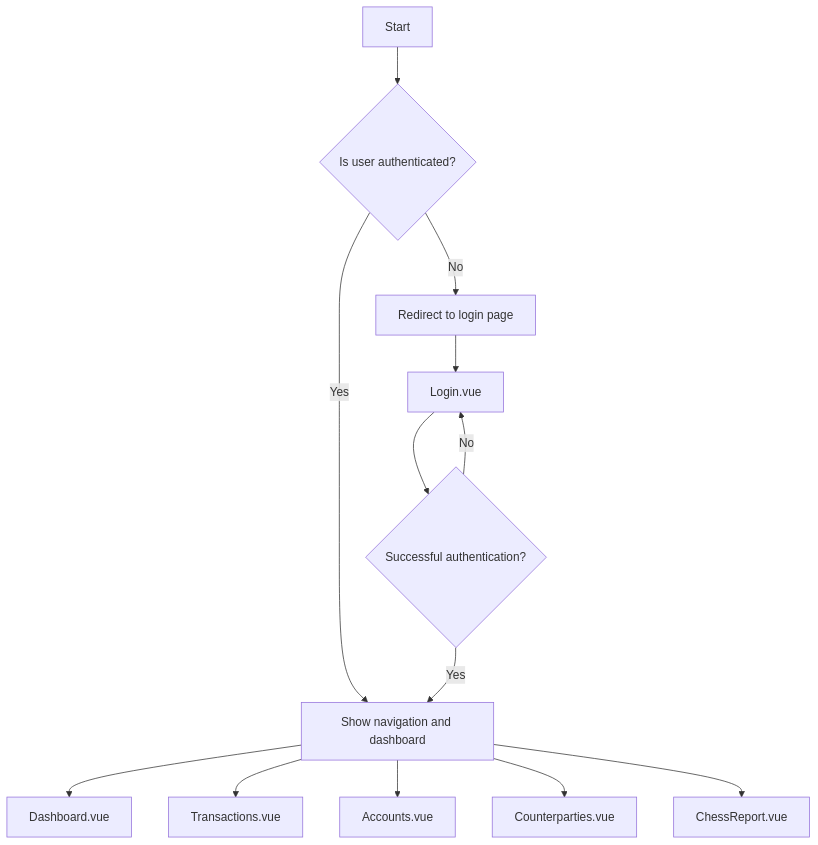
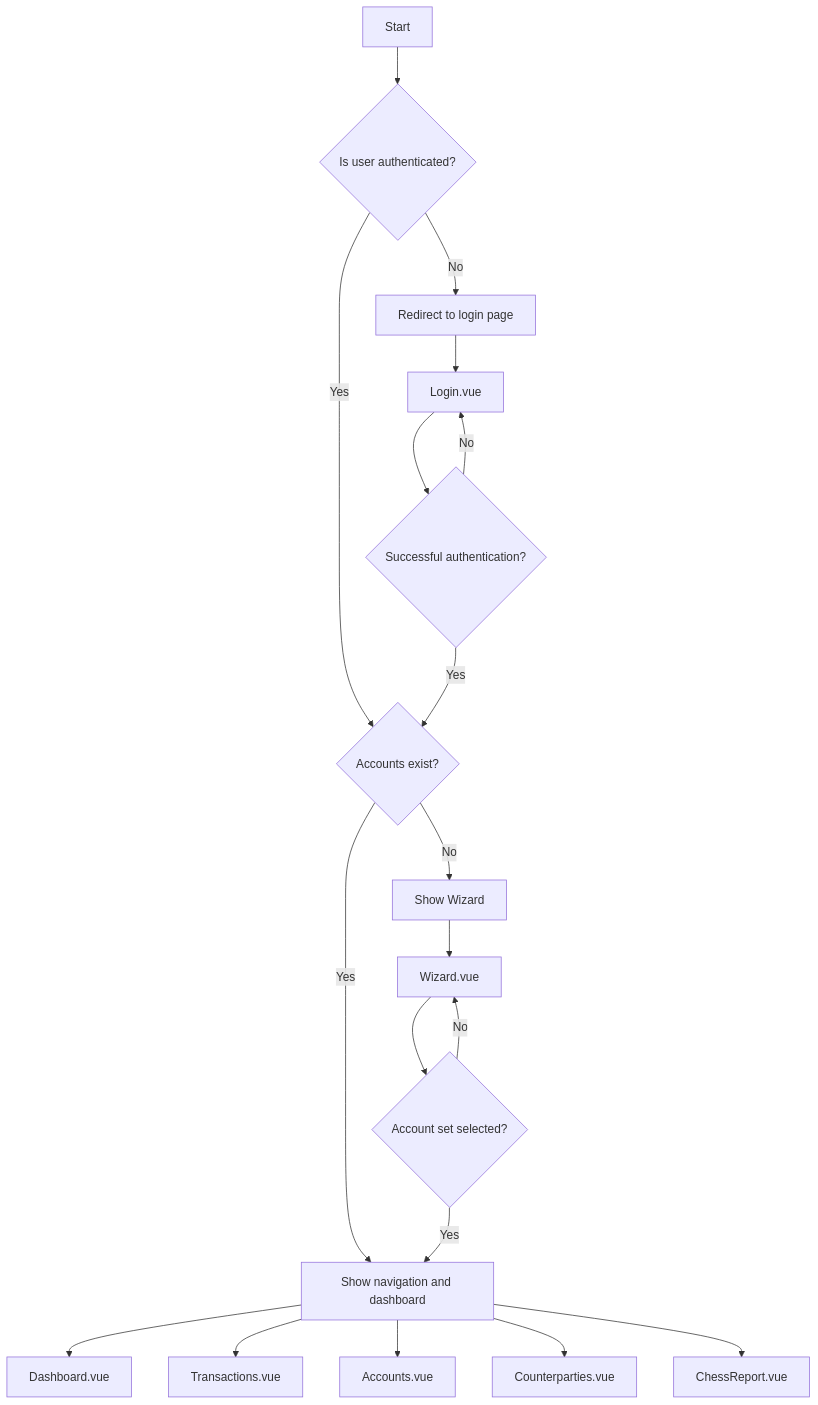
Before and after one commit to Stiff-uc/accountant-assistant: the third of 4 diagrams in ARCHITECTURE_DIAGRAM.md, drawn with Mermaid. The commit also changed other lines of this file and 1 other file, not shown here.

Commit message:
Update architecture

````diff
--- a/ARCHITECTURE_DIAGRAM.md
+++ b/ARCHITECTURE_DIAGRAM.md
@@ -96,17 +97,24 @@
 ```mermaid
 graph TD
     A[Start] --> B{Is user authenticated?}
-    B -->|Yes| C[Show navigation and dashboard]
     B -->|No| D[Redirect to login page]
+    B -->|Yes| C{Accounts exist?}
+    C -->|No| W[Show Wizard]
+    C -->|Yes| E[Show navigation and dashboard]
     
-    C --> E[Dashboard.vue]
-    C --> F[Transactions.vue]
-    C --> G[Accounts.vue]
-    C --> H[Counterparties.vue]
-    C --> I[ChessReport.vue]
+    E --> F[Dashboard.vue]
+    E --> G[Transactions.vue]
+    E --> H[Accounts.vue]
+    E --> I[Counterparties.vue]
+    E --> J[ChessReport.vue]
     
-    D --> J[Login.vue]
-    J --> K{Successful authentication?}
-    K -->|Yes| C
-    K -->|No| J
+    D --> K[Login.vue]
+    K --> L{Successful authentication?}
+    L -->|No| K
+    L -->|Yes| C
+    
+    W --> M[Wizard.vue]
+    M --> N{Account set selected?}
+    N -->|Yes| E
+    N -->|No| M
 ```
````
